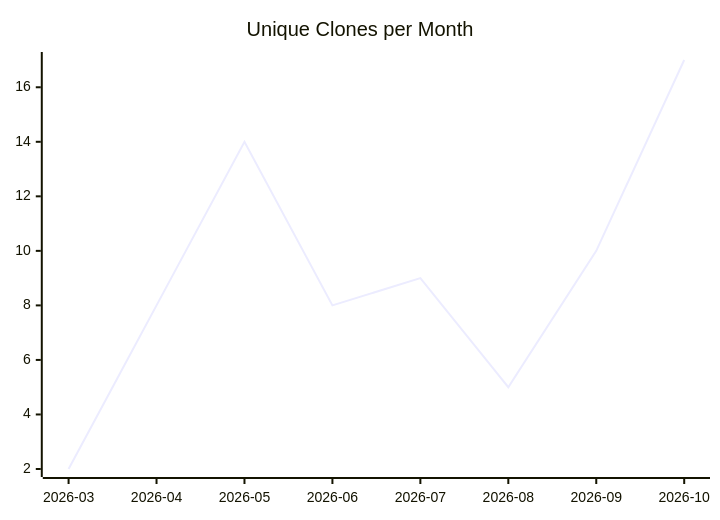
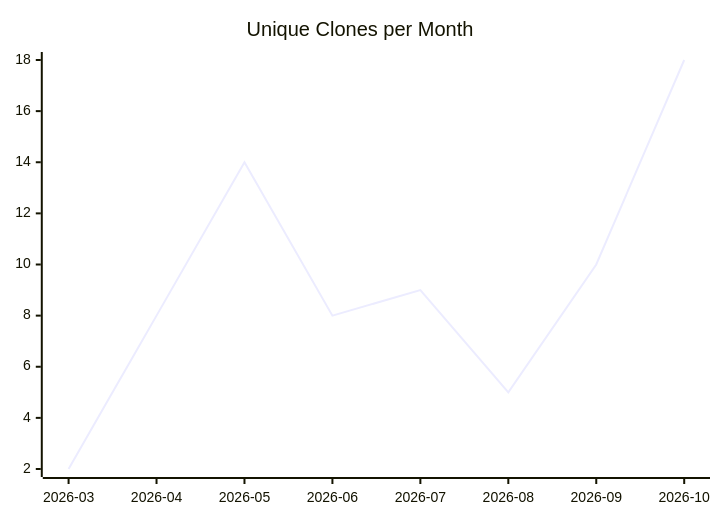
The third of 3 diagrams in karlmdavis/kobjects/README.md (justdavis-family/github-analytics-data), drawn with Mermaid before and after one commit. The commit also changed other lines of this file and 198 other files, not shown here.

````diff
--- a/karlmdavis/kobjects/README.md
+++ b/karlmdavis/kobjects/README.md
@@ -19,6 +19,6 @@
 ```mermaid
 xychart-beta
   title "Unique Clones per Month"
   x-axis ["2026-03", "2026-04", "2026-05", "2026-06", "2026-07", "2026-08", "2026-09", "2026-10"]
-  line [2, 8, 14, 8, 9, 5, 10, 17]
+  line [2, 8, 14, 8, 9, 5, 10, 18]
 ```
````
